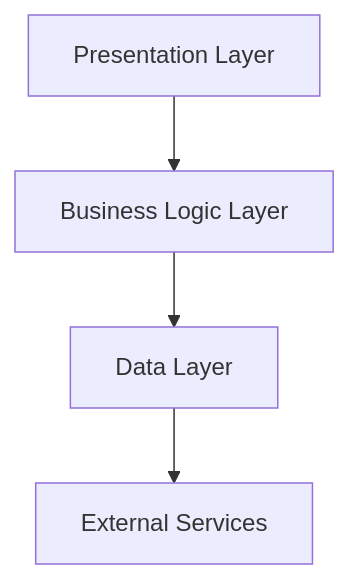
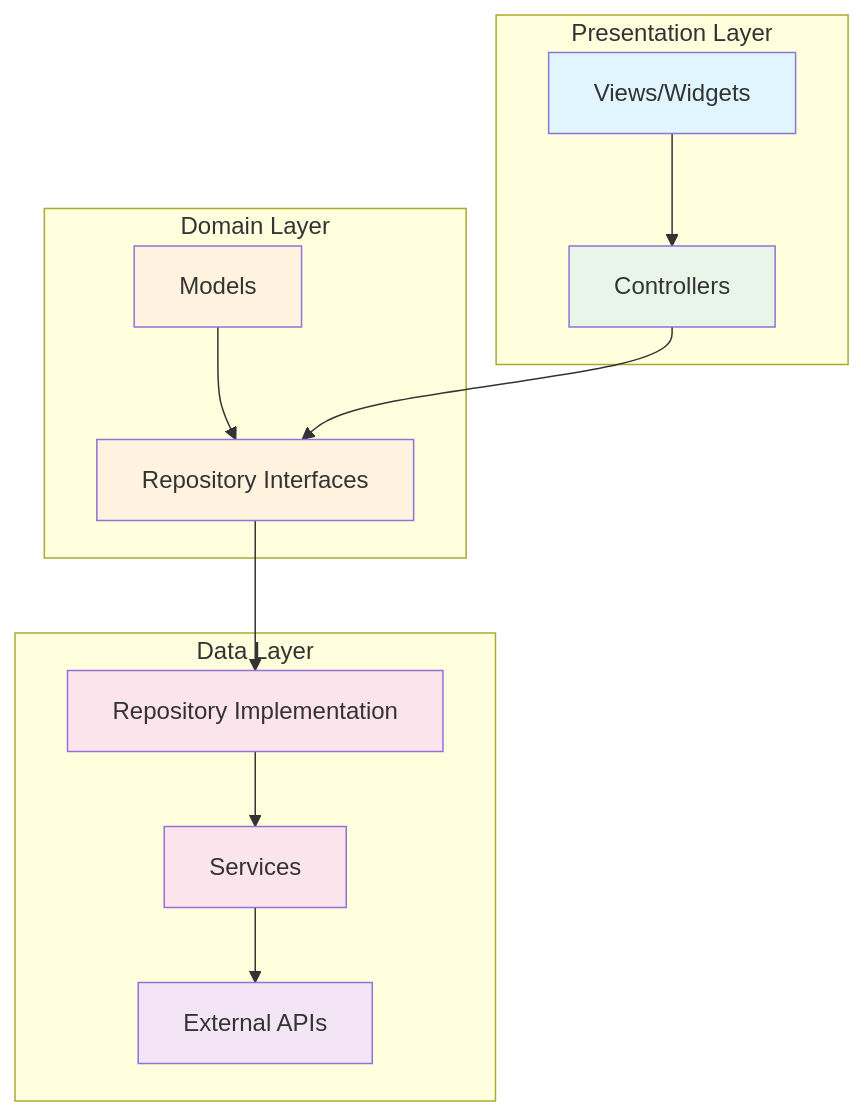
The diagram in README.md (abdulkadircelik/weather_app), drawn with Mermaid before and after one commit. The commit also changed other lines of this file and 147 other files, not shown here.

````diff
--- a/README.md
+++ b/README.md
@@ -73,6 +72,26 @@
 ```mermaid
 graph TD
-    A[Presentation Layer] --> B[Business Logic Layer]
-    B --> C[Data Layer]
-    C --> D[External Services]
+    subgraph "Presentation Layer"
+        A[Views/Widgets] --> B[Controllers]
+    end
+    
+    subgraph "Domain Layer"
+        C[Models] --> D[Repository Interfaces]
+    end
+    
+    subgraph "Data Layer"
+        E[Repository Implementation] --> F[Services]
+        F --> G[External APIs]
+    end
+    
+    B --> D
+    D --> E
+    
+    style A fill:#e1f5fe
+    style B fill:#e8f5e8
+    style C fill:#fff3e0
+    style D fill:#fff3e0
+    style E fill:#fce4ec
+    style F fill:#fce4ec
+    style G fill:#f3e5f5
 ```
````
